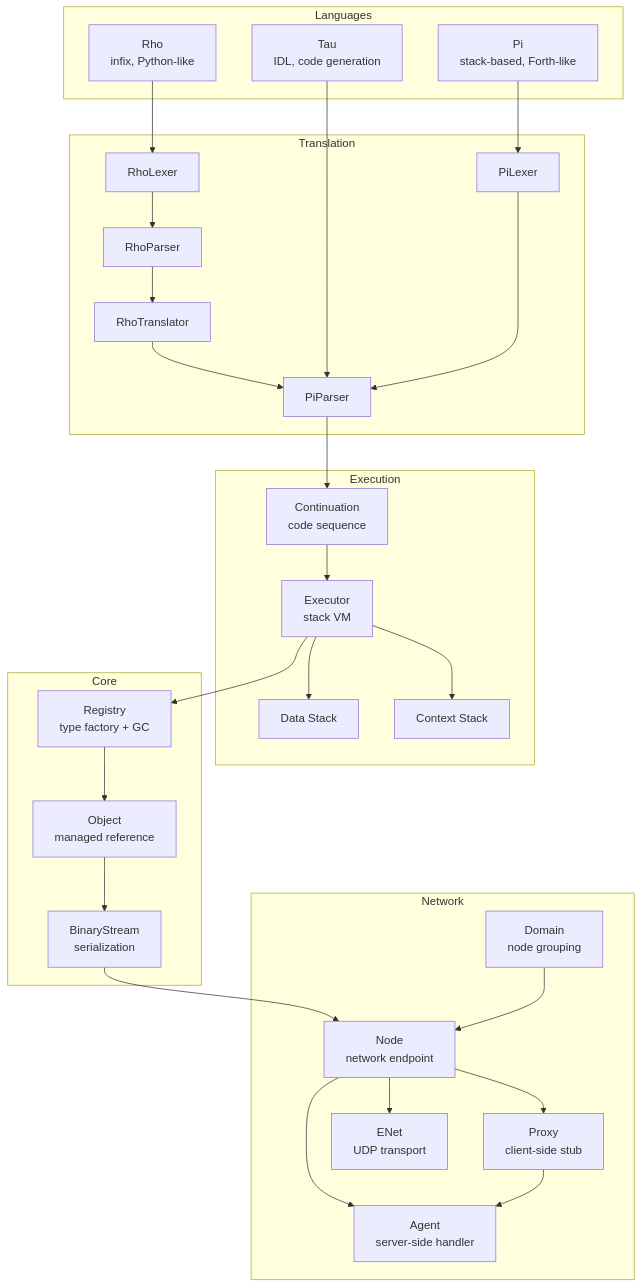
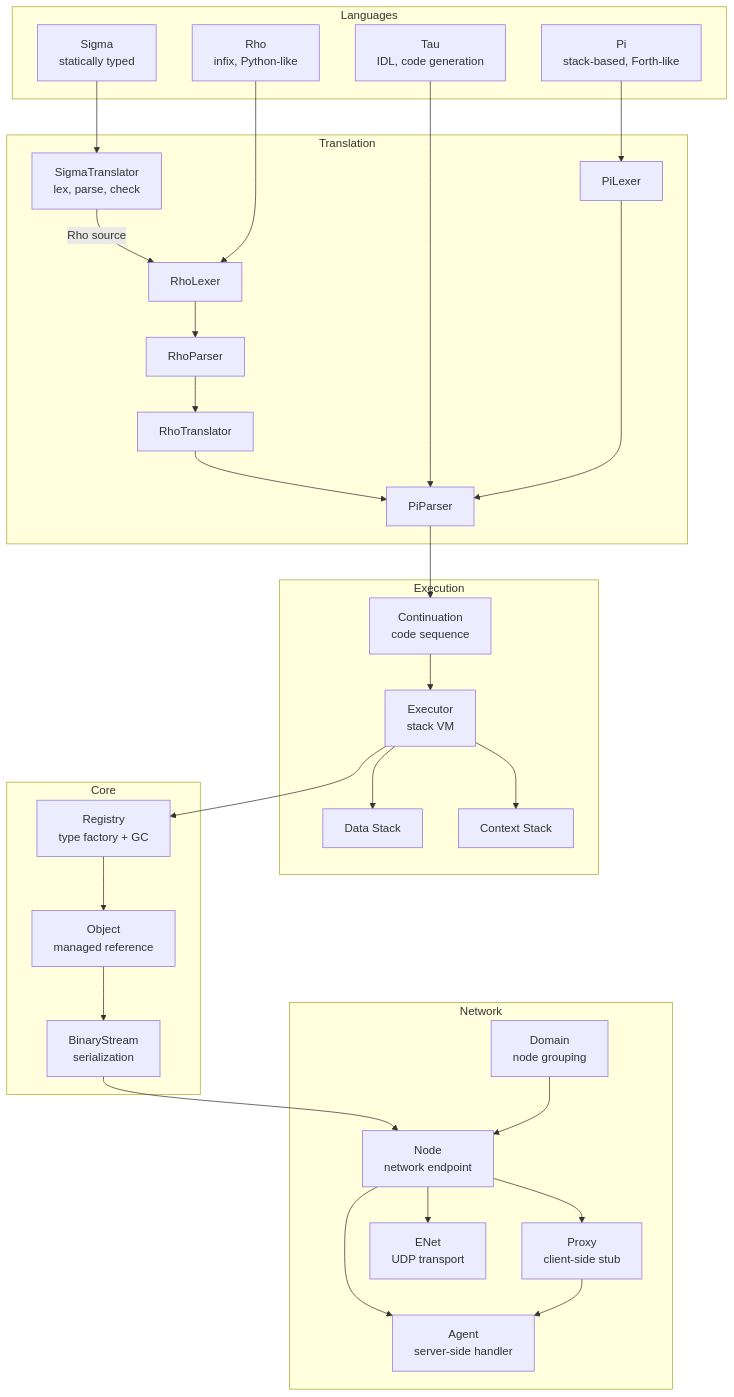
The first of 3 diagrams in Doc/Architecture.md (cschladetsch/CppKAI), drawn with Mermaid before and after one commit. The commit also changed other lines of this file and 23 other files, not shown here.

````diff
--- a/Doc/Architecture.md
+++ b/Doc/Architecture.md
@@ -7,53 +7,56 @@
 ```mermaid
 graph TB
     subgraph Languages
+        SIG[Sigma<br/>statically typed]
         RHO[Rho<br/>infix, Python-like]
         PI[Pi<br/>stack-based, Forth-like]
         TAU[Tau<br/>IDL, code generation]
     end
 
     subgraph Translation
+        SIGTRANS[SigmaTranslator<br/>lex, parse, check]
         RHOLEX[RhoLexer]
         RHOPAR[RhoParser]
         RHOTRANS[RhoTranslator]
         PILEX[PiLexer]
         PIPAR[PiParser]
     end
 
     subgraph Execution
         EXEC[Executor<br/>stack VM]
         CONT[Continuation<br/>code sequence]
         DATA[Data Stack]
         CTX[Context Stack]
     end
 
     subgraph Core
         REG[Registry<br/>type factory + GC]
         OBJ[Object<br/>managed reference]
         BS[BinaryStream<br/>serialization]
     end
 
     subgraph Network
         NODE[Node<br/>network endpoint]
         AGENT[Agent<br/>server-side handler]
         PROXY[Proxy<br/>client-side stub]
         DOMAIN[Domain<br/>node grouping]
         ENET[ENet<br/>UDP transport]
     end
 
+    SIG --> SIGTRANS -->|Rho source| RHOLEX
     RHO --> RHOLEX --> RHOPAR --> RHOTRANS --> PIPAR
     TAU --> PIPAR
     PI  --> PILEX  --> PIPAR
     PIPAR --> CONT --> EXEC
     EXEC --> DATA
     EXEC --> CTX
     EXEC --> REG
     REG  --> OBJ
     OBJ  --> BS
     BS   --> NODE
     NODE --> ENET
     NODE --> AGENT
     NODE --> PROXY
     DOMAIN --> NODE
     PROXY --> AGENT
 ```
````
